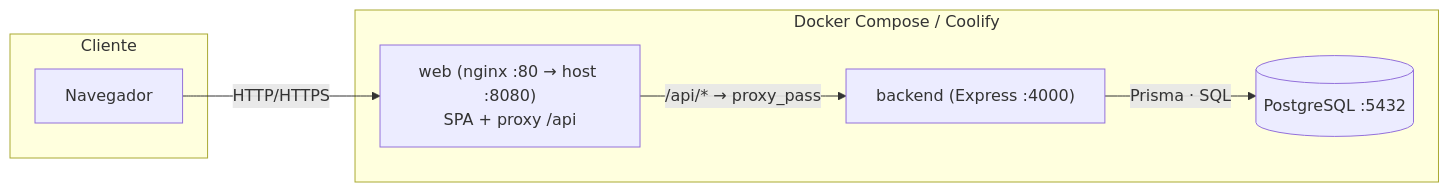
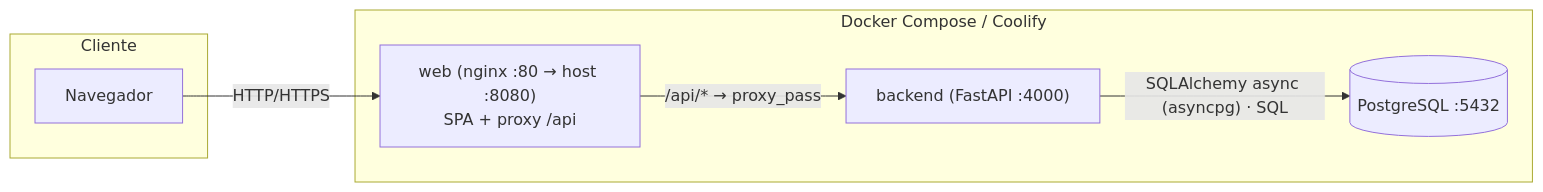
Before and after one commit to RobinsonAG1/Aplicacion-finanzas: the first of 5 diagrams in DOCUMENTACION.md, drawn with Mermaid. The commit also changed other lines of this file and 3 other files, not shown here.

Commit message:
FastAPI Etapa 9 - documentacion y cierre

````diff
--- a/DOCUMENTACION.md
+++ b/DOCUMENTACION.md
@@ -107,16 +107,16 @@
 ```mermaid
 flowchart LR
   subgraph Cliente
     U["Navegador"]
   end
 
   subgraph Docker["Docker Compose / Coolify"]
     W["web (nginx :80 → host :8080)<br/>SPA + proxy /api"]
-    A["backend (Express :4000)"]
+    A["backend (FastAPI :4000)"]
     P[("PostgreSQL :5432")]
   end
 
   U -->|"HTTP/HTTPS"| W
   W -->|"/api/* → proxy_pass"| A
-  A -->|"Prisma · SQL"| P
+  A -->|"SQLAlchemy async (asyncpg) · SQL"| P
 ```
````
